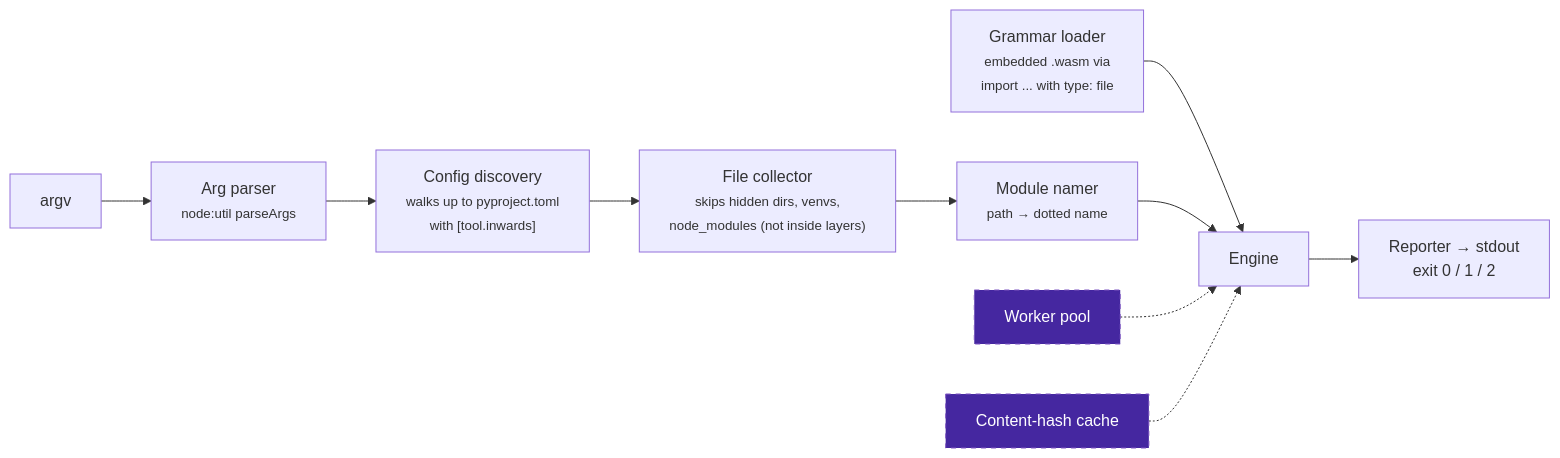
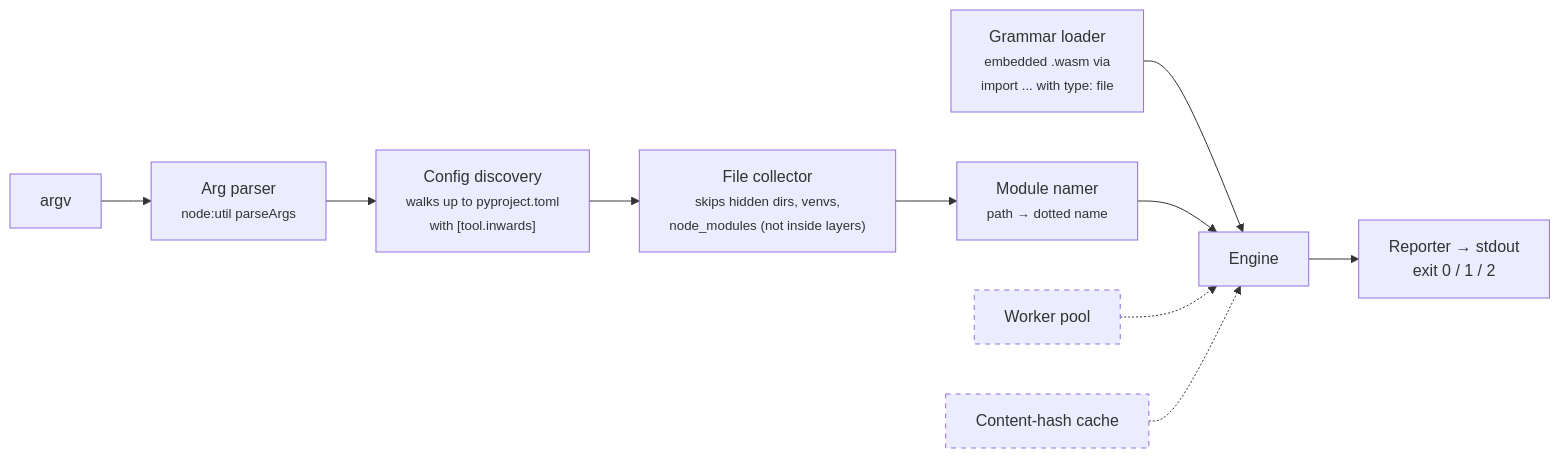
One commit to SirCypkowskyy/inwards changed the fifth of 6 diagrams in docs/chapters/03-Architecture-C4.md. Above: the diagram before and after it, drawn with Mermaid. The commit also changed other lines of this file, not shown here.

````diff
--- a/docs/chapters/03-Architecture-C4.md
+++ b/docs/chapters/03-Architecture-C4.md
@@ -218,14 +199,14 @@
 ```mermaid
 flowchart LR
     argv["argv"] --> args["Arg parser<br/><small>node:util parseArgs</small>"]
     args --> find["Config discovery<br/><small>walks up to pyproject.toml<br/>with [tool.inwards]</small>"]
     find --> walk["File collector<br/><small>skips hidden dirs, venvs,<br/>node_modules (not inside layers)</small>"]
     walk --> mod["Module namer<br/><small>path → dotted name</small>"]
     gram["Grammar loader<br/><small>embedded .wasm via<br/>import ... with type: file</small>"] --> eng
     mod --> eng["Engine"]
     eng --> out["Reporter → stdout<br/>exit 0 / 1 / 2"]
     pool["Worker pool"]:::planned -.-> eng
     cache["Content-hash cache"]:::planned -.-> eng
 
-    classDef planned fill:#4527a0,color:#fff,stroke:#7e57c2,stroke-dasharray:5 5
+    classDef planned stroke-dasharray:5 5
 ```
````
